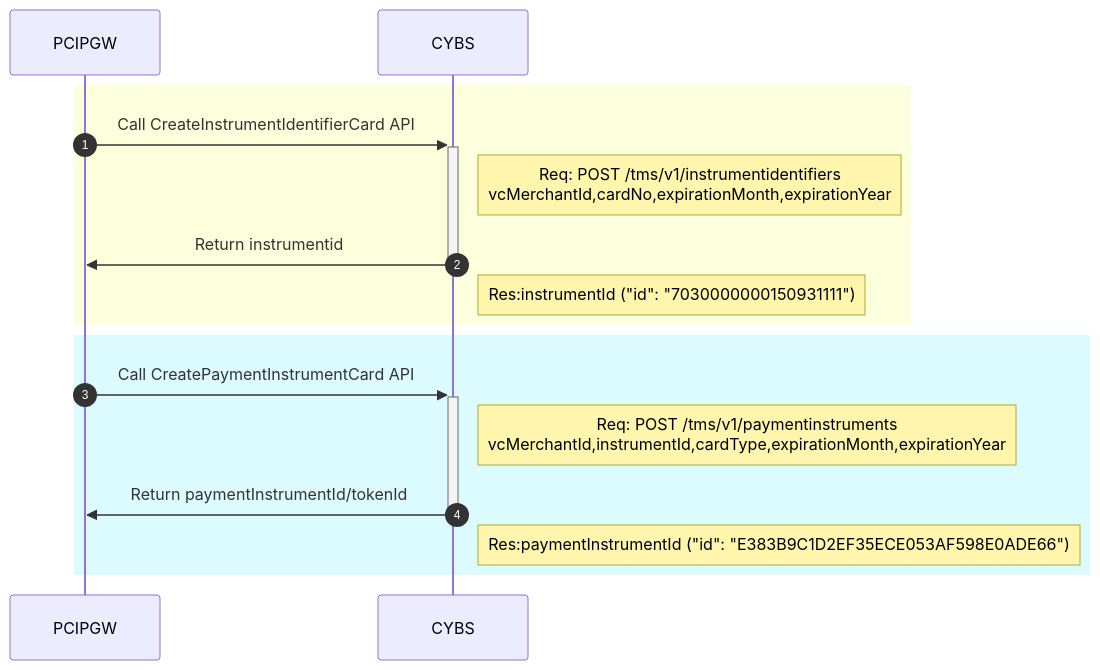
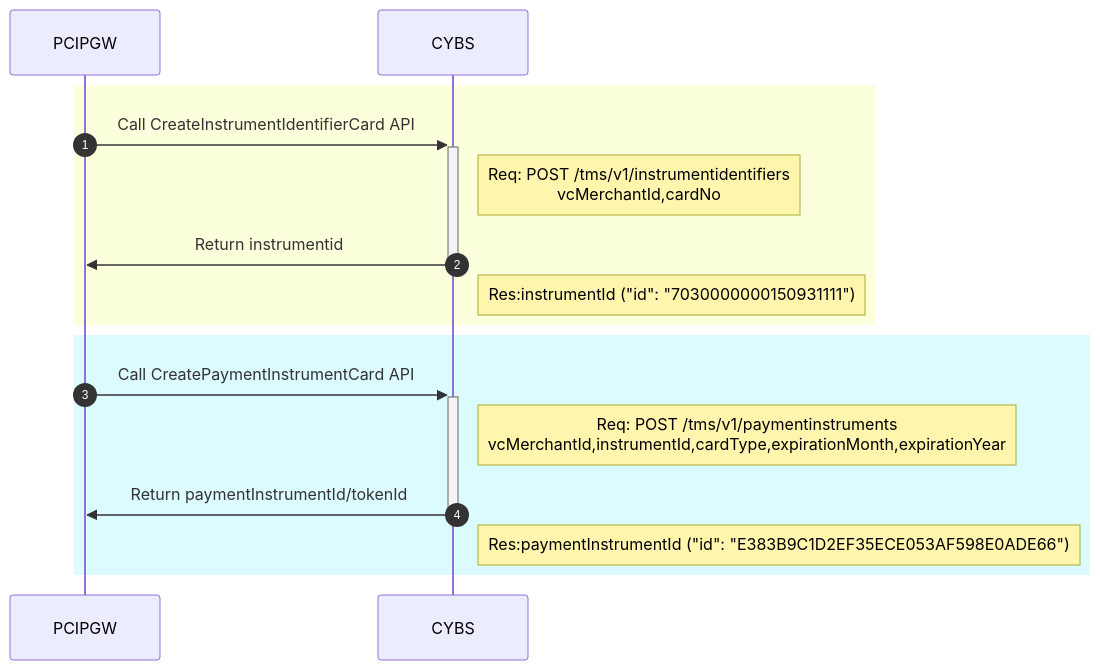
Before and after one commit to yuusuke25/MyNotes: the first of 8 diagrams in Cybs-Ph2-Flow3.md, drawn with Mermaid.

````diff
--- a/Cybs-Ph2-Flow3.md
+++ b/Cybs-Ph2-Flow3.md
@@ -2,16 +2,16 @@
 ```mermaid
     sequenceDiagram
     autonumber
         rect rgb(252, 255, 220)
             PCIPGW->>+CYBS:Call CreateInstrumentIdentifierCard API
-            Note right of CYBS: Req: POST /tms/v1/instrumentidentifiers<br>vcMerchantId,cardNo,expirationMonth,expirationYear
+            Note right of CYBS: Req: POST /tms/v1/instrumentidentifiers<br>vcMerchantId,cardNo
             CYBS->>-PCIPGW:Return instrumentid
             Note right of CYBS: Res:instrumentId ("id": "7030000000150931111")
         end
         rect rgb(220, 251, 255)
             PCIPGW->>+CYBS:Call CreatePaymentInstrumentCard API
             Note right of CYBS: Req: POST /tms/v1/paymentinstruments<br>vcMerchantId,instrumentId,cardType,expirationMonth,expirationYear
             CYBS->>-PCIPGW:Return paymentInstrumentId/tokenId
             Note right of CYBS: Res:paymentInstrumentId ("id": "E383B9C1D2EF35ECE053AF598E0ADE66")
         end
 ```
````
